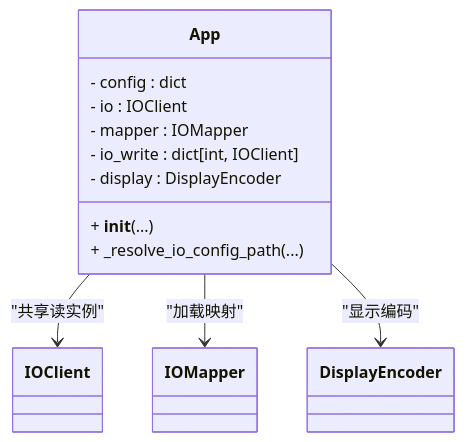
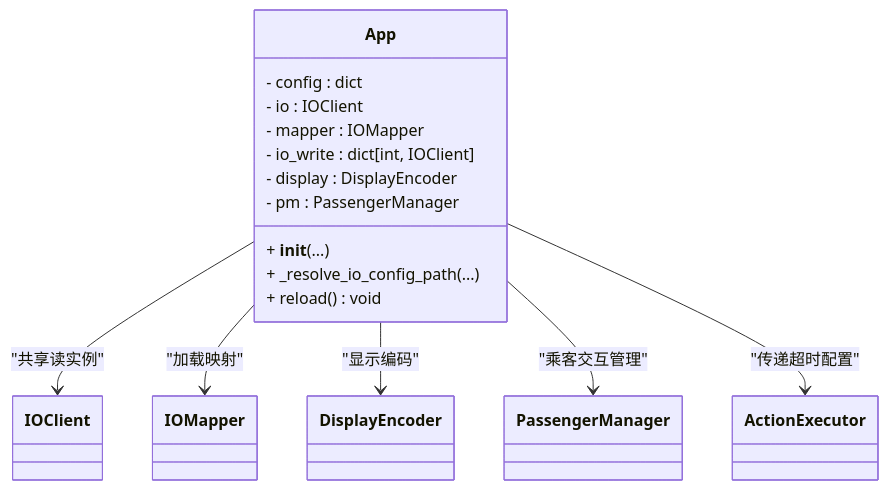
The sixth of 7 diagrams in .qoder/repowiki/zh/content/接口契约/IO配置文件管理.md (xmb505/Haku_EET), drawn with Mermaid before and after one commit. The commit also changed other lines of this file and 27 other files, not shown here.

````diff
--- a/.qoder/repowiki/zh/content/接口契约/IO配置文件管理.md
+++ b/.qoder/repowiki/zh/content/接口契约/IO配置文件管理.md
@@ -193,15 +266,19 @@
 ```mermaid
 classDiagram
 class App {
 - config : dict
 - io : IOClient
 - mapper : IOMapper
 - io_write : dict[int, IOClient]
 - display : DisplayEncoder
+- pm : PassengerManager
 + __init__(...)
 + _resolve_io_config_path(...)
++ reload() void
 }
 App --> IOClient : "共享读实例"
 App --> IOMapper : "加载映射"
 App --> DisplayEncoder : "显示编码"
+App --> PassengerManager : "乘客交互管理"
+App --> ActionExecutor : "传递超时配置"
 ```
````
